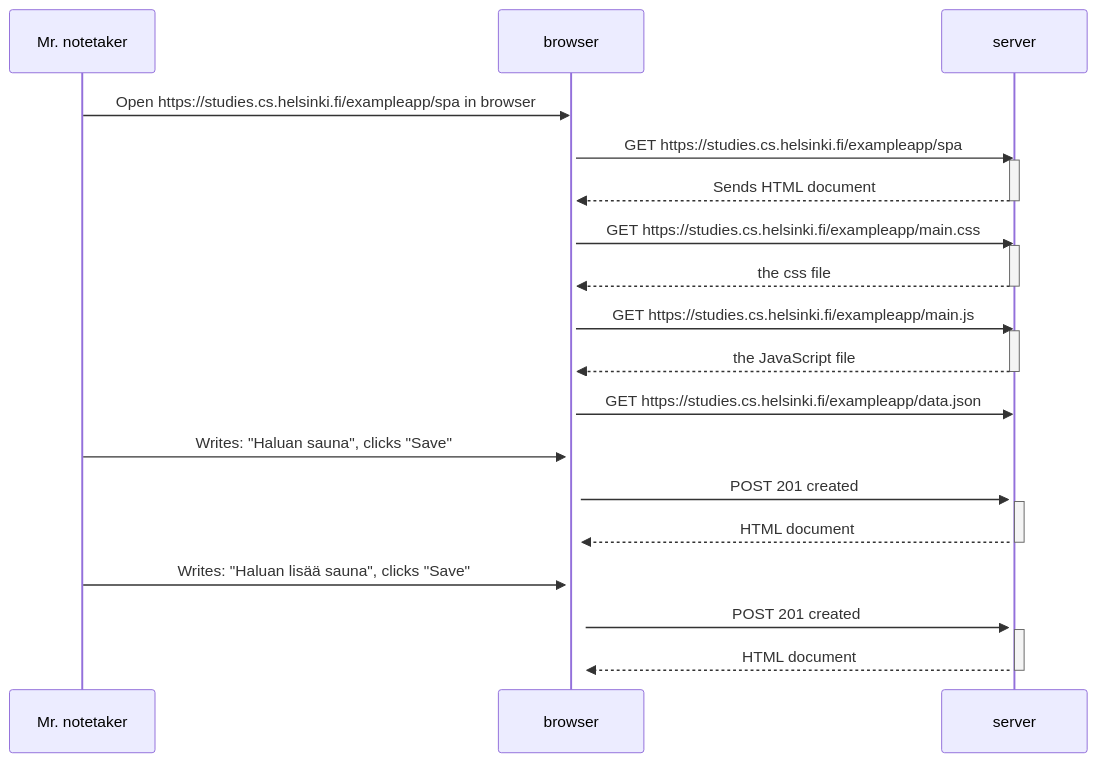
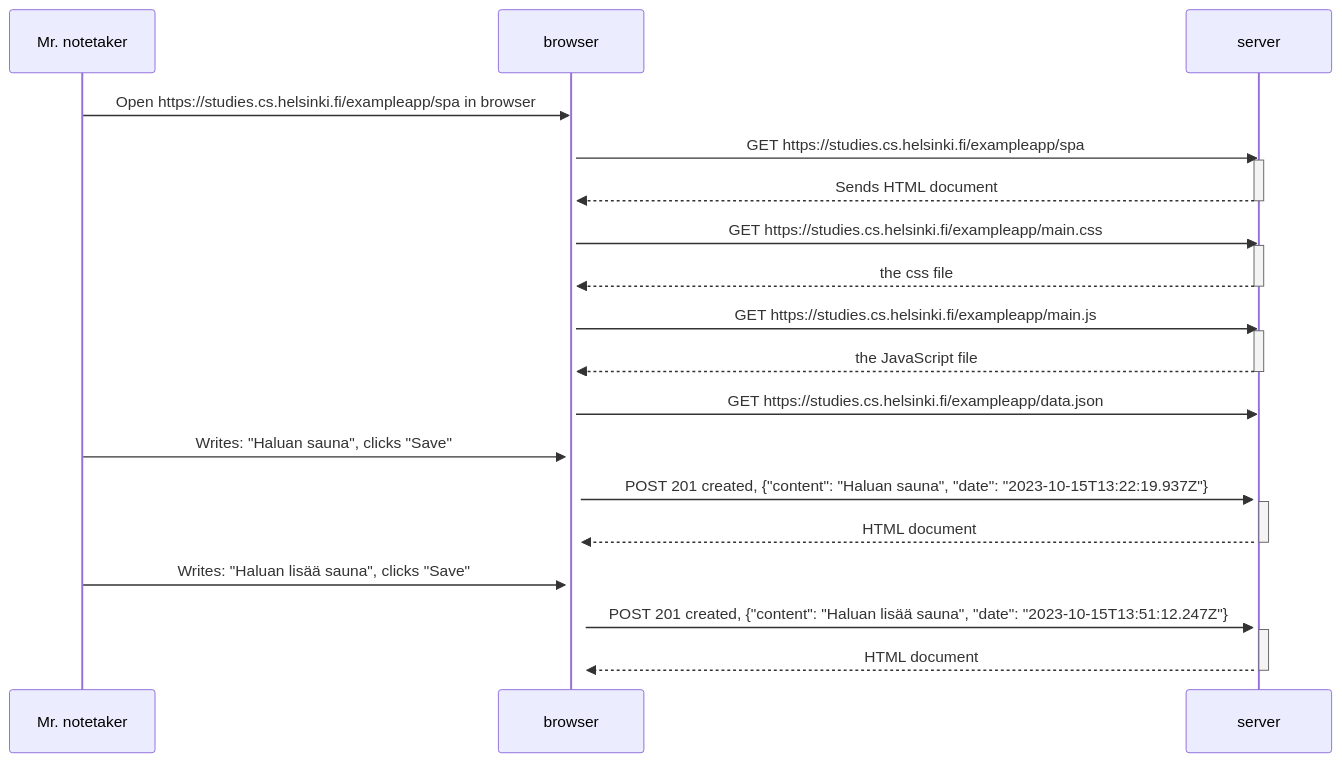
Before and after one commit to haavardmk/fullstackopen: the diagram in part0/0.5 diagram.md, drawn with Mermaid.

Commit message:
Update 0.5 diagram.md

````diff
--- a/part0/0.5 diagram.md
+++ b/part0/0.5 diagram.md
@@ -1,44 +1,44 @@
 ```mermaid
 sequenceDiagram
     participant Mr. notetaker
     participant browser
     participant server
 
     Mr. notetaker->>browser: Open https://studies.cs.helsinki.fi/exampleapp/spa in browser
     activate browser
 
     browser->>server: GET https://studies.cs.helsinki.fi/exampleapp/spa
     activate server
     server-->>browser: Sends HTML document
     deactivate server
 
     browser->>server: GET https://studies.cs.helsinki.fi/exampleapp/main.css
     activate server
     server-->>browser: the css file
     deactivate server
 
     browser->>server: GET https://studies.cs.helsinki.fi/exampleapp/main.js
     activate server
     server-->>browser: the JavaScript file
     deactivate server
 
     browser->>server: GET https://studies.cs.helsinki.fi/exampleapp/data.json
     activate server
 
     Mr. notetaker->>browser: Writes: "Haluan sauna", clicks "Save"
     activate browser
-    browser->>server: POST 201 created
+    browser->>server: POST 201 created, {"content": "Haluan sauna", "date": "2023-10-15T13:22:19.937Z"}
     activate server
     server-->>browser: HTML document
     deactivate server
 
     Mr. notetaker->>browser: Writes: "Haluan lisää sauna", clicks "Save"
     activate browser
-    browser->>server: POST 201 created
+    browser->>server: POST 201 created, {"content": "Haluan lisää sauna", "date": "2023-10-15T13:51:12.247Z"}
     activate server
     server-->>browser: HTML document
     deactivate server
 
 
 
 ```
````
